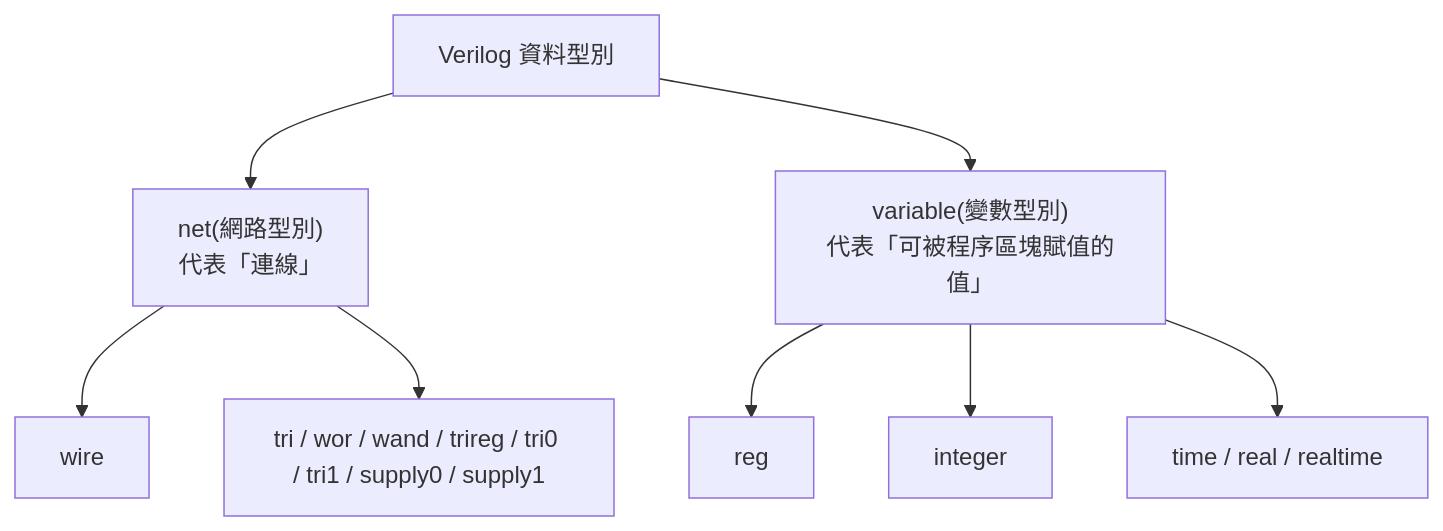
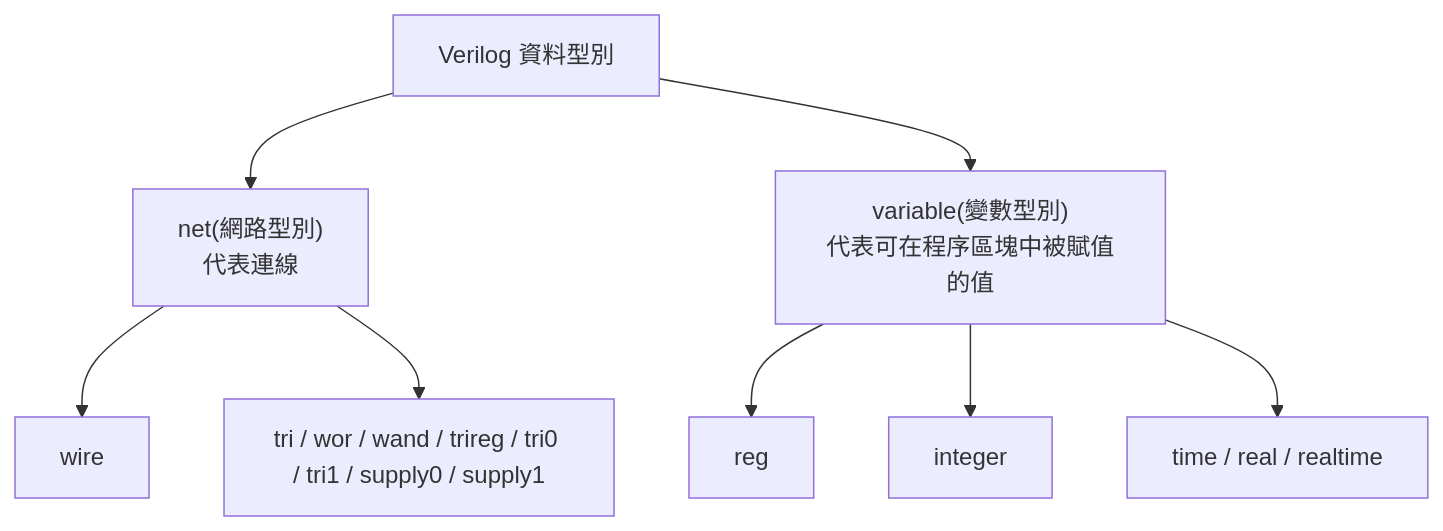
Before and after one commit to peicd100/university-notes: the diagram in docs/md/Verilog/常見資料型別.md, drawn with Mermaid. The commit also changed other lines of this file and 6 other files, not shown here.

````diff
--- a/docs/md/Verilog/常見資料型別.md
+++ b/docs/md/Verilog/常見資料型別.md
@@ -4,12 +5,12 @@
 ```mermaid
 flowchart TB
-    A["Verilog 資料型別"] --> B["net(網路型別)<br/>代表「連線」"]
-    A --> C["variable(變數型別)<br/>代表「可被程序區塊賦值的值」"]
+    A["Verilog 資料型別"] --> B["net(網路型別)<br/>代表連線"]
+    A --> C["variable(變數型別)<br/>代表可在程序區塊中被賦值的值"]
 
     B --> B1["wire"]
     B --> B2["tri / wor / wand / trireg / tri0 / tri1 / supply0 / supply1"]
 
     C --> C1["reg"]
     C --> C2["integer"]
     C --> C3["time / real / realtime"]
 ```
````
